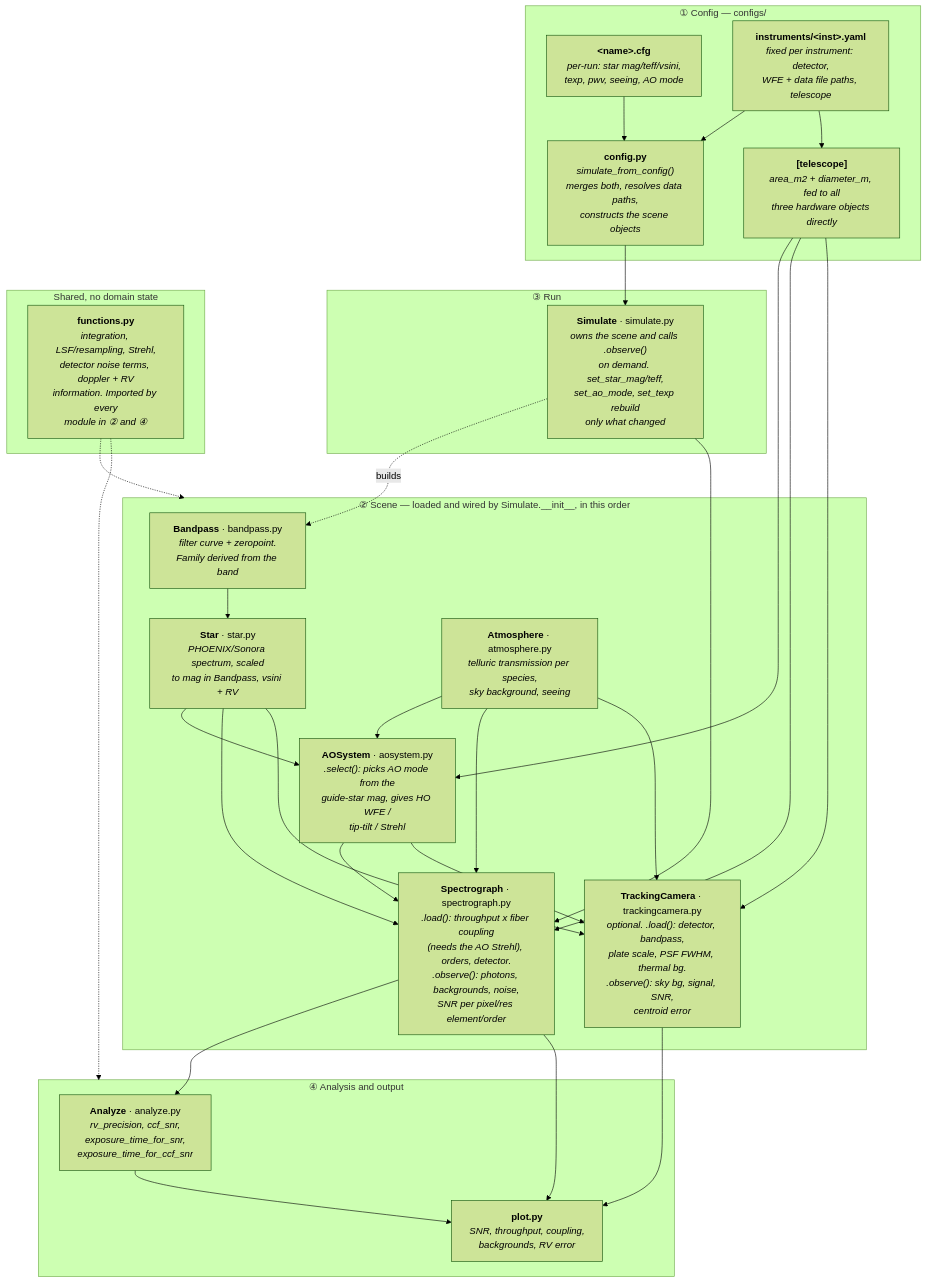
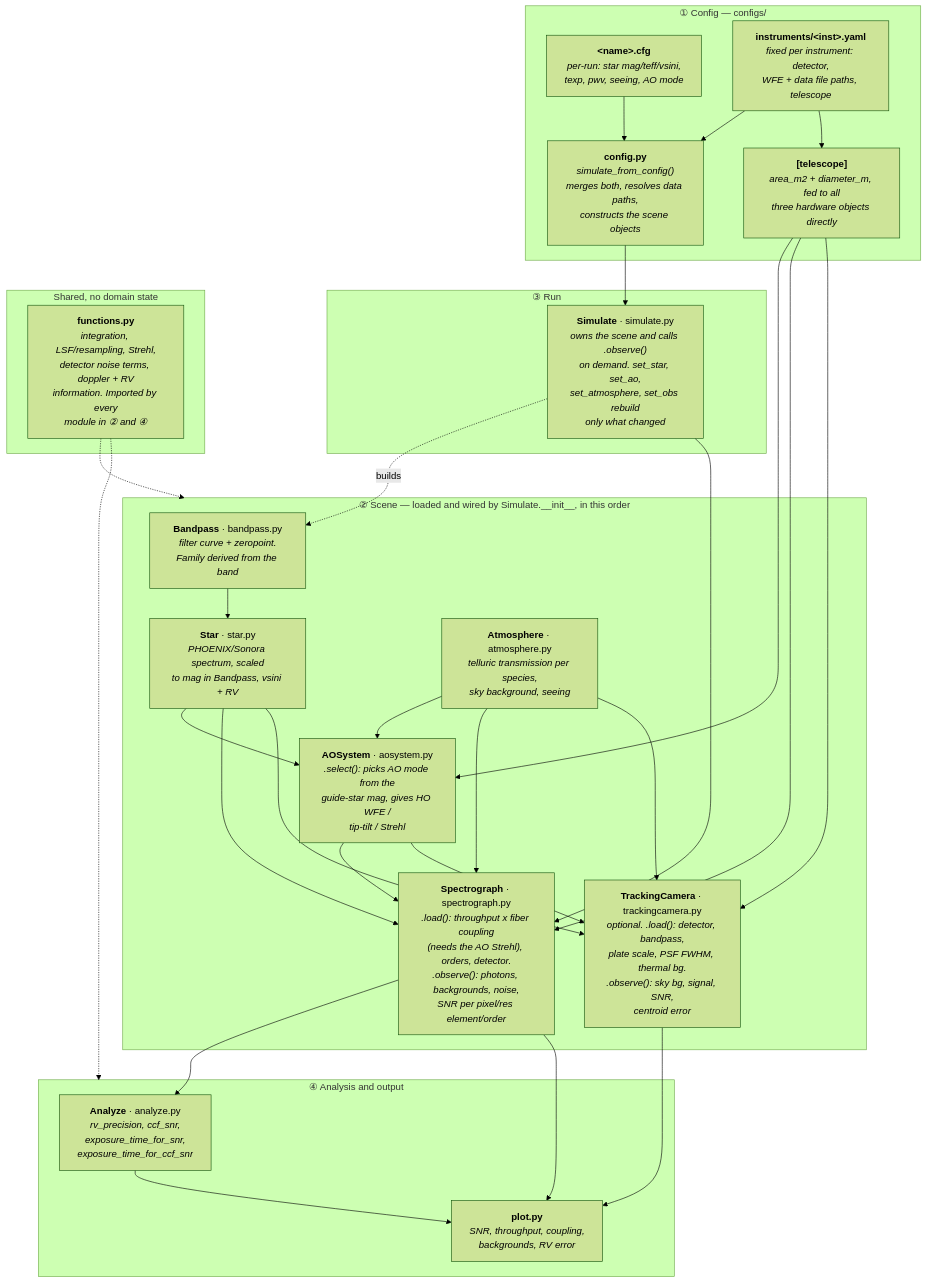
Before and after one commit to ashbake/specsim: the diagram in README.md, drawn with Mermaid (forest theme). The commit also changed other lines of this file and 23 other files, not shown here.

````diff
--- a/README.md
+++ b/README.md
@@ -130,60 +160,60 @@
 ```mermaid
 flowchart TD
     subgraph CFG ["① Config — configs/"]
         USERCFG["<b>&lt;name&gt;.cfg</b><br/><i>per-run: star mag/teff/vsini,<br/>texp, pwv, seeing, AO mode</i>"]
         INSTYAML["<b>instruments/&lt;inst&gt;.yaml</b><br/><i>fixed per instrument: detector,<br/>WFE + data file paths, telescope</i>"]
         CONFIG["<b>config.py</b><br/><i>simulate_from_config()<br/>merges both, resolves data paths,<br/>constructs the scene objects</i>"]
         TEL["<b>[telescope]</b><br/><i>area_m2 + diameter_m, fed to all<br/>three hardware objects directly</i>"]
     end
 
     subgraph SCENE ["② Scene — loaded and wired by Simulate.__init__, in this order"]
         BP["<b>Bandpass</b> · bandpass.py<br/><i>filter curve + zeropoint.<br/>Family derived from the band</i>"]
         STAR["<b>Star</b> · star.py<br/><i>PHOENIX/Sonora spectrum, scaled<br/>to mag in Bandpass, vsini + RV</i>"]
         ATM["<b>Atmosphere</b> · atmosphere.py<br/><i>telluric transmission per species,<br/>sky background, seeing</i>"]
         AO["<b>AOSystem</b> · aosystem.py<br/><i>.select(): picks AO mode from the<br/>guide-star mag, gives HO WFE /<br/>tip-tilt / Strehl</i>"]
         SPEC["<b>Spectrograph</b> · spectrograph.py<br/><i>.load(): throughput x fiber coupling<br/>(needs the AO Strehl), orders, detector.<br/>.observe(): photons, backgrounds, noise,<br/>SNR per pixel/res element/order</i>"]
         TRACK["<b>TrackingCamera</b> · trackingcamera.py<br/><i>optional. .load(): detector, bandpass,<br/>plate scale, PSF FWHM, thermal bg.<br/>.observe(): sky bg, signal, SNR,<br/>centroid error</i>"]
     end
 
     subgraph RUN ["③ Run"]
-        SIM["<b>Simulate</b> · simulate.py<br/><i>owns the scene and calls .observe()<br/>on demand. set_star_mag/teff,<br/>set_ao_mode, set_texp rebuild<br/>only what changed</i>"]
+        SIM["<b>Simulate</b> · simulate.py<br/><i>owns the scene and calls .observe()<br/>on demand. set_star, set_ao,<br/>set_atmosphere, set_obs rebuild<br/>only what changed</i>"]
     end
 
     subgraph OUT ["④ Analysis and output"]
         ANA["<b>Analyze</b> · analyze.py<br/><i>rv_precision, ccf_snr,<br/>exposure_time_for_snr,<br/>exposure_time_for_ccf_snr</i>"]
         PLOT["<b>plot.py</b><br/><i>SNR, throughput, coupling,<br/>backgrounds, RV error</i>"]
     end
 
     subgraph SHARED ["Shared, no domain state"]
         FUNC["<b>functions.py</b><br/><i>integration, LSF/resampling, Strehl,<br/>detector noise terms, doppler + RV<br/>information. Imported by every<br/>module in ② and ④</i>"]
     end
 
     USERCFG --> CONFIG
     INSTYAML --> CONFIG
     INSTYAML --> TEL
     CONFIG --> SIM
 
     SIM -.builds.-> BP
     BP --> STAR
     STAR --> AO
     ATM --> AO
     TEL --> AO
     TEL --> SPEC
     TEL --> TRACK
 
     AO --> SPEC
     STAR --> SPEC
     ATM --> SPEC
     AO --> TRACK
     STAR --> TRACK
     ATM --> TRACK
 
     SIM --> SPEC
     SPEC --> ANA
     SPEC --> PLOT
     ANA --> PLOT
     TRACK --> PLOT
 
     FUNC -.-> SCENE
     FUNC -.-> OUT
 ```
````
